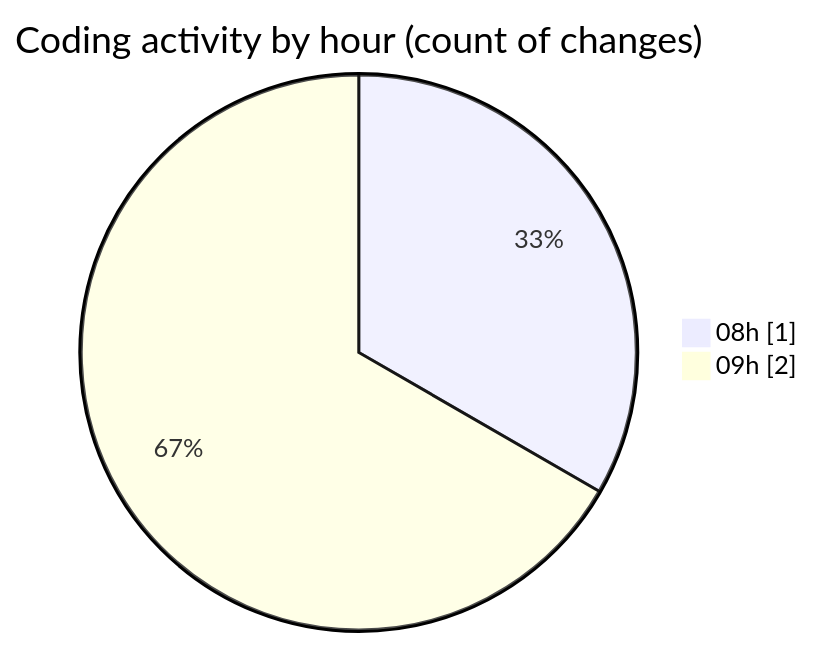
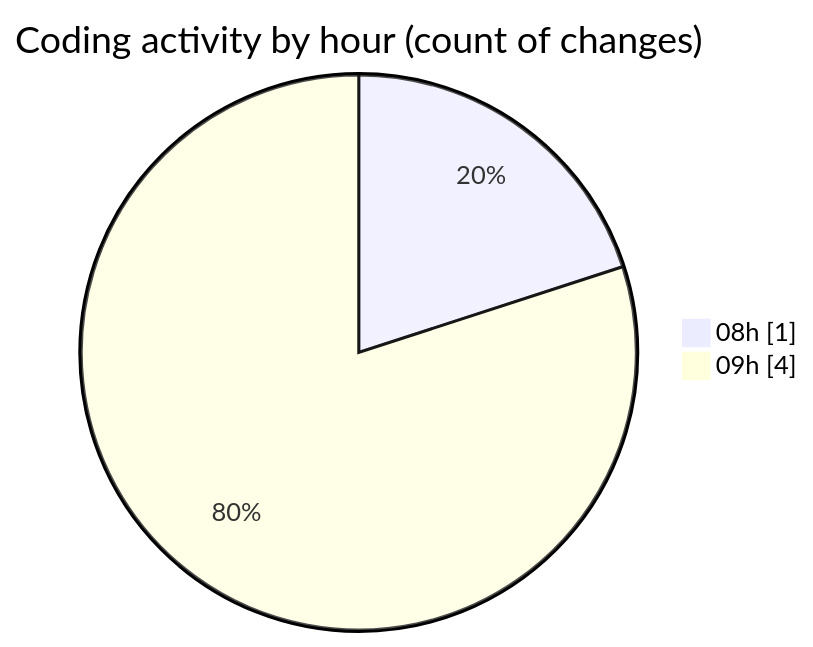
Before and after one commit to ricardozamudiocil/code-tracking: the second of 2 diagrams in 2026-09-17/cilapp/README.md, drawn with Mermaid. The commit also changed other lines of this file and 1 other file, not shown here.

````diff
--- a/2026-09-17/cilapp/README.md
+++ b/2026-09-17/cilapp/README.md
@@ -30,6 +30,6 @@
 ```mermaid
 pie showData
 title Coding activity by hour (count of changes)
 "08h" : 1
-"09h" : 2
+"09h" : 4
 ```
````
